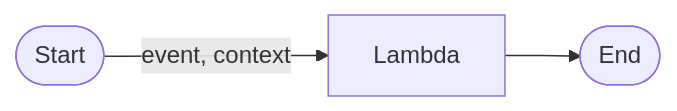
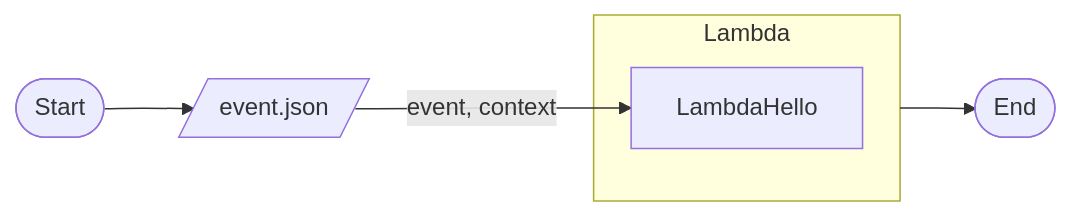
Before and after one commit to lankahsu520/HelperX: the second of 3 diagrams in helper_AWS-Lambda.md, drawn with Mermaid. The commit also changed other lines of this file and 5 other files, not shown here.

````diff
--- a/helper_AWS-Lambda.md
+++ b/helper_AWS-Lambda.md
@@ -273,9 +170,12 @@
 ```mermaid
 flowchart LR
 	Start([Start])
- 	Lambda[Lambda]
+	event[/event.json/]
+	subgraph Lambda
+ 		LambdaHello[LambdaHello]
+ 	end	
   End([End])
 	
-	Start-->|event, context|Lambda
+	Start-->event-->|event, context|LambdaHello
 	Lambda-->End
 ```
````
